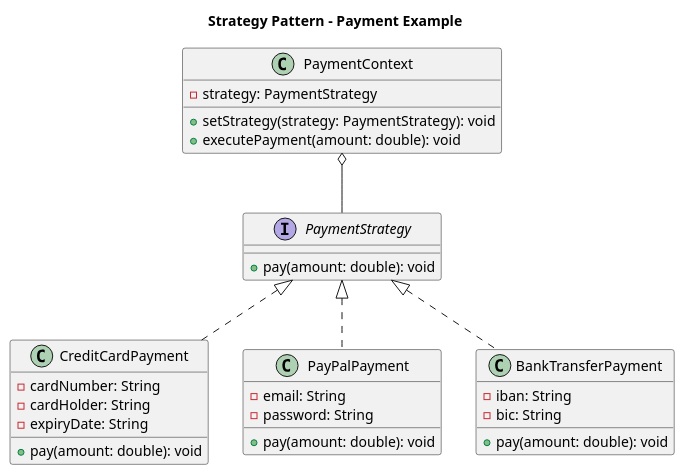
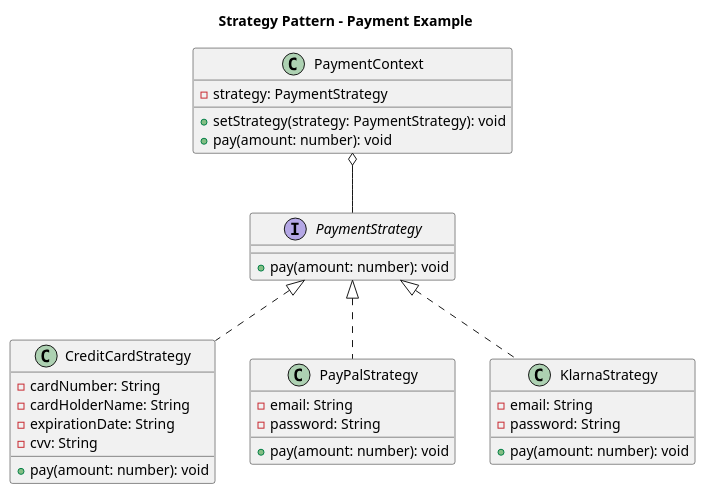
Before and after one commit to riedmann/RiedmannSchoolMaster: the diagram in 05_Klasse/06_design_patterns/02_Strategy_Pattern_Creditcard/UML.puml, drawn with PlantUML. The commit also changed 11 other files, not shown here.

```diff
--- a/05_Klasse/06_design_patterns/02_Strategy_Pattern_Creditcard/UML.puml
+++ b/05_Klasse/06_design_patterns/02_Strategy_Pattern_Creditcard/UML.puml
@@ -1,40 +1,41 @@
-@startuml
+@startuml PaymentStrategy
 
 title Strategy Pattern - Payment Example
 
 interface PaymentStrategy {
-  + pay(amount: double): void
+  + pay(amount: number): void
 }
 
 class PaymentContext {
   - strategy: PaymentStrategy
   + setStrategy(strategy: PaymentStrategy): void
-  + executePayment(amount: double): void
+  + pay(amount: number): void
 }
 
-class CreditCardPayment {
+class CreditCardStrategy {
   - cardNumber: String
-  - cardHolder: String
-  - expiryDate: String
-  + pay(amount: double): void
+  - cardHolderName: String
+  - expirationDate: String
+  - cvv: String
+  + pay(amount: number): void
 }
 
-class PayPalPayment {
+class PayPalStrategy {
   - email: String
   - password: String
-  + pay(amount: double): void
+  + pay(amount: number): void
 }
 
-class BankTransferPayment {
-  - iban: String
-  - bic: String
-  + pay(amount: double): void
+class KlarnaStrategy {
+  - email: String
+  - password: String
+  + pay(amount: number): void
 }
 
-PaymentStrategy <|.. CreditCardPayment
-PaymentStrategy <|.. PayPalPayment
-PaymentStrategy <|.. BankTransferPayment
+PaymentStrategy <|.. CreditCardStrategy
+PaymentStrategy <|.. PayPalStrategy
+PaymentStrategy <|.. KlarnaStrategy
 
 PaymentContext o-- PaymentStrategy
 
 @enduml
```
